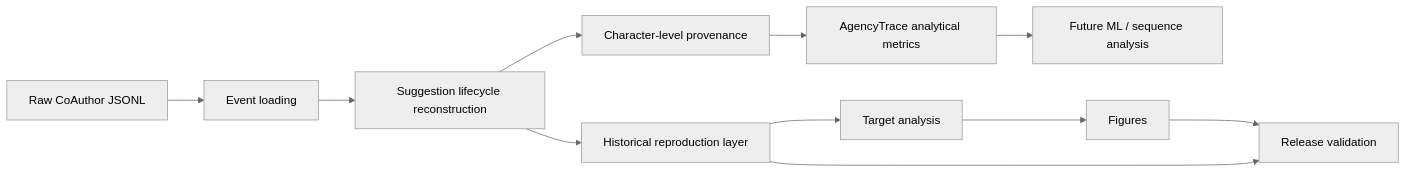
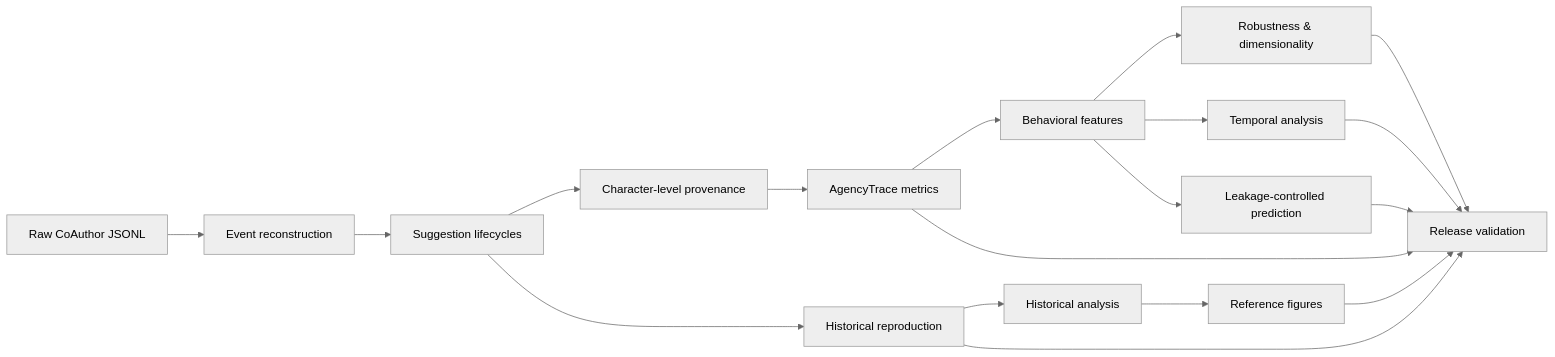
One commit to amalkerrouche1208-create/Agency-Trace-Framework changed the first of 2 diagrams in README.md. Above: the diagram before and after it, drawn with Mermaid (neutral theme). The commit also changed other lines of this file and 19 other files, not shown here.

````diff
--- a/README.md
+++ b/README.md
@@ -21,13 +24,23 @@
 ```mermaid
 flowchart LR
-    A["Raw CoAuthor JSONL"] --> B["Event loading"]
-    B --> C["Suggestion lifecycle reconstruction"]
+    A["Raw CoAuthor JSONL"] --> B["Event reconstruction"]
+    B --> C["Suggestion lifecycles"]
     C --> D["Character-level provenance"]
-    D --> E["AgencyTrace analytical metrics"]
-    C --> F["Historical reproduction layer"]
-    F --> G["Target analysis"]
-    G --> H["Figures"]
-    E --> I["Future ML / sequence analysis"]
-    F --> J["Release validation"]
-    H --> J
+    D --> E["AgencyTrace metrics"]
+
+    C --> F["Historical reproduction"]
+    F --> G["Historical analysis"]
+    G --> H["Reference figures"]
+
+    E --> I["Behavioral features"]
+    I --> J["Robustness & dimensionality"]
+    I --> K["Temporal analysis"]
+    I --> L["Leakage-controlled prediction"]
+
+    E --> M["Release validation"]
+    F --> M
+    J --> M
+    K --> M
+    L --> M
+    H --> M
 ```
````
